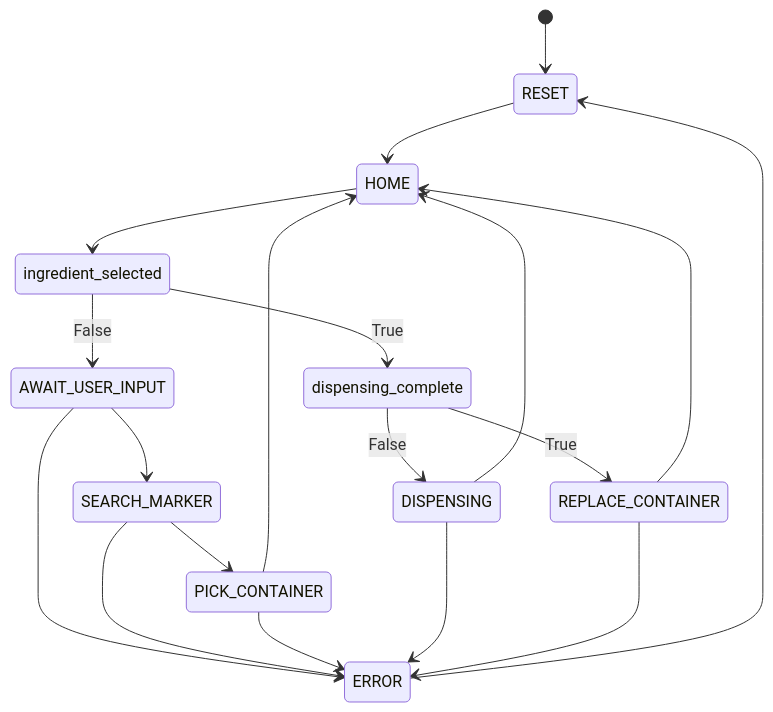
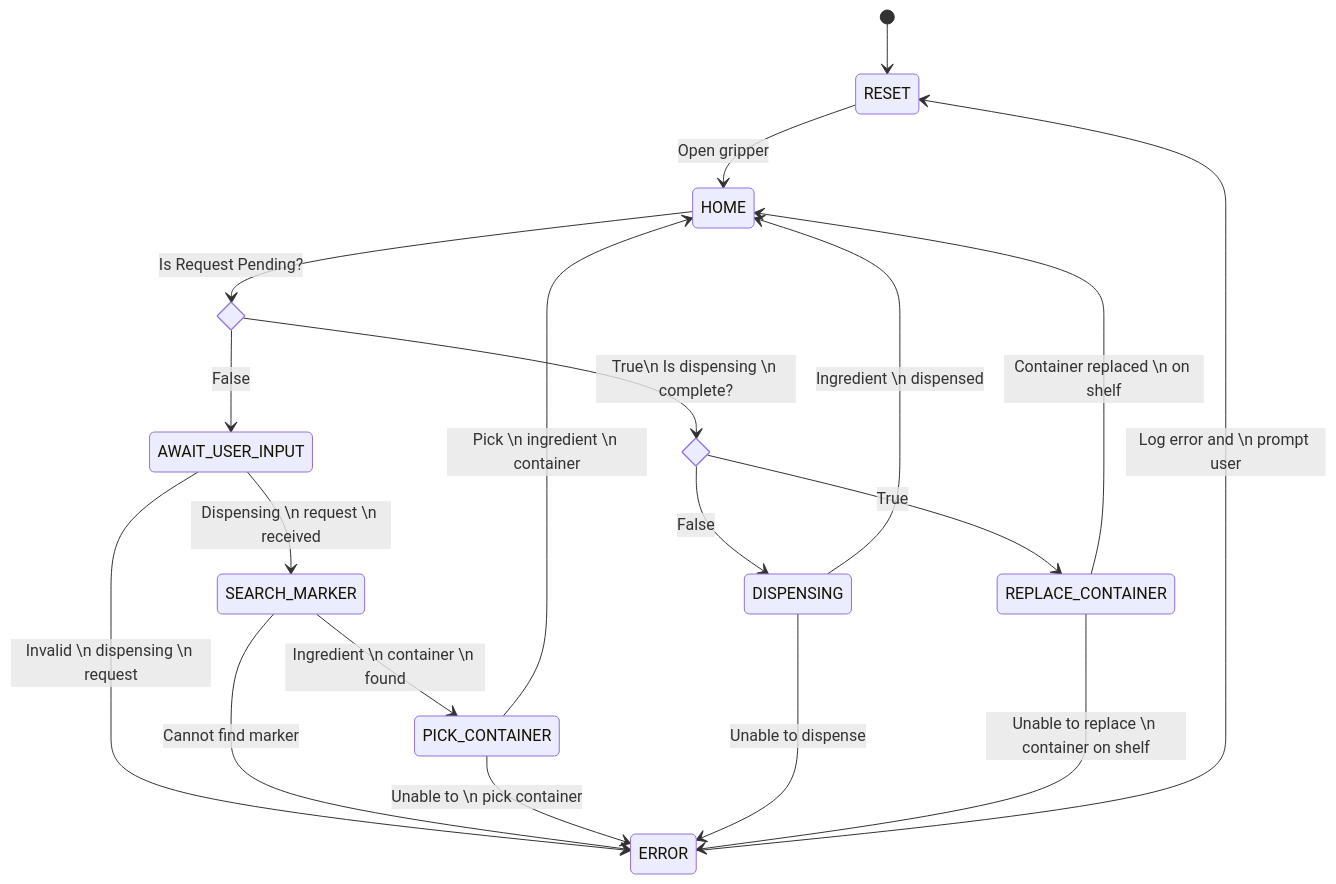
The diagram in README.md (ratatouille-robotics/ratatouille_planner), drawn with Mermaid before and after one commit. The commit also changed other lines of this file, not shown here.

Commit message:
Annotate state transitions in diagram
Annotate state transitions and use choice blocks in state diagram.

````diff
--- a/README.md
+++ b/README.md
@@ -6,23 +7,24 @@
 ```mermaid
 stateDiagram-v2
     [*] --> RESET
-    RESET --> HOME
-    HOME --> ingredient_selected
+    RESET --> HOME: Open gripper
+    state ingredient_selected <<choice>>
+    HOME --> ingredient_selected: Is Request Pending?
     ingredient_selected --> AWAIT_USER_INPUT: False
-    ingredient_selected --> dispensing_complete: True
+    state dispensing_complete <<choice>>
+    ingredient_selected --> dispensing_complete: True\n Is dispensing \n complete?
     dispensing_complete --> DISPENSING: False
     dispensing_complete --> REPLACE_CONTAINER: True
-    AWAIT_USER_INPUT --> SEARCH_MARKER
-    SEARCH_MARKER --> PICK_CONTAINER
-    PICK_CONTAINER --> HOME
-    DISPENSING --> HOME
-    REPLACE_CONTAINER --> HOME
+    AWAIT_USER_INPUT --> SEARCH_MARKER: Dispensing \n request \n received
+    SEARCH_MARKER --> PICK_CONTAINER: Ingredient \n container \n found
+    PICK_CONTAINER --> HOME: Pick \n ingredient \n container
+    DISPENSING --> HOME: Ingredient \n dispensed
+    REPLACE_CONTAINER --> HOME: Container replaced \n on shelf
 
-    AWAIT_USER_INPUT --> ERROR
-    SEARCH_MARKER --> ERROR
-    PICK_CONTAINER --> ERROR
-    DISPENSING --> ERROR
-    REPLACE_CONTAINER --> ERROR
-    ERROR --> RESET
-
+    AWAIT_USER_INPUT --> ERROR: Invalid \n dispensing \n request
+    SEARCH_MARKER --> ERROR: Cannot find marker
+    PICK_CONTAINER --> ERROR: Unable to \n pick container
+    DISPENSING --> ERROR: Unable to dispense
+    REPLACE_CONTAINER --> ERROR: Unable to replace \n container on shelf
+    ERROR --> RESET: Log error and \n prompt user
 ```
````
